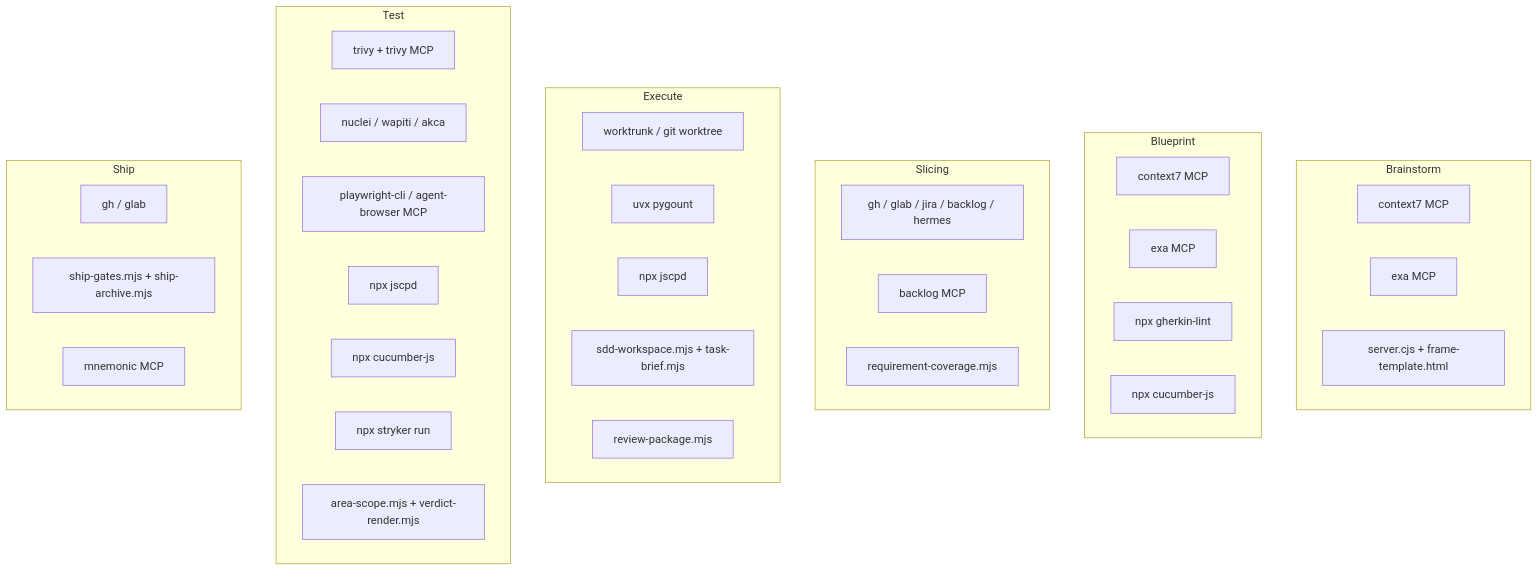
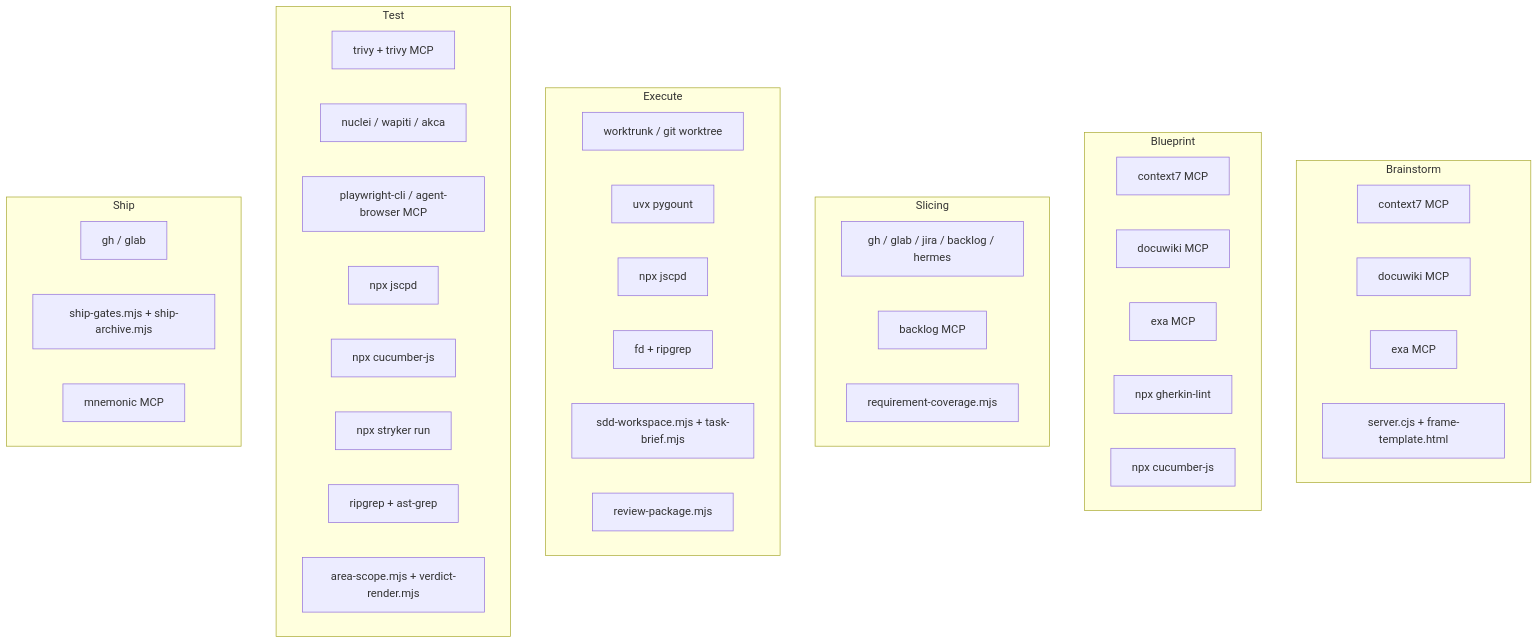
The diagram in docs/03-tools.md (devopstales/skillgrid), drawn with Mermaid before and after one commit. The commit also changed other lines of this file and 1 other file, not shown here.

Commit message:
docs(tools): document ast-grep, fd, ripgrep, and docuwiki in tool matrices
Adds the three search binaries (ast-grep, fd, ripgrep) and the docuwiki MCP
server to the README install list, the 03-tools per-phase tables, and the
phase tool-dependency diagram. These were already referenced by the debug,
test, refactor, and execute skills but absent from the tool documentation.

[skillgrid-context]
Skill: skill-improvements
Spec: .skillgrid/work/2026-11-21-skill-improvements/progress.md
Why: skills referenced tools the docs did not list; a reader installing the
     stack from docs would miss the search layer

````diff
--- a/docs/03-tools.md
+++ b/docs/03-tools.md
@@ -117,40 +121,44 @@
 ```mermaid
 flowchart TD
   subgraph Brainstorm
     B1[context7 MCP]
-    B2[exa MCP]
-    B3[server.cjs + frame-template.html]
+    B2[docuwiki MCP]
+    B3[exa MCP]
+    B4[server.cjs + frame-template.html]
   end
   subgraph Blueprint
     BP1[context7 MCP]
-    BP2[exa MCP]
-    BP3[npx gherkin-lint]
-    BP4[npx cucumber-js]
+    BP2[docuwiki MCP]
+    BP3[exa MCP]
+    BP4[npx gherkin-lint]
+    BP5[npx cucumber-js]
   end
   subgraph Slicing
     S1[gh / glab / jira / backlog / hermes]
     S2[backlog MCP]
     S3[requirement-coverage.mjs]
   end
   subgraph Execute
     E1[worktrunk / git worktree]
     E2[uvx pygount]
     E3[npx jscpd]
-    E4[sdd-workspace.mjs + task-brief.mjs]
-    E5[review-package.mjs]
+    E4[fd + ripgrep]
+    E5[sdd-workspace.mjs + task-brief.mjs]
+    E6[review-package.mjs]
   end
   subgraph Test
     T1[trivy + trivy MCP]
     T2[nuclei / wapiti / akca]
     T3[playwright-cli / agent-browser MCP]
     T4[npx jscpd]
     T5[npx cucumber-js]
     T6[npx stryker run]
-    T7[area-scope.mjs + verdict-render.mjs]
+    T7[ripgrep + ast-grep]
+    T8[area-scope.mjs + verdict-render.mjs]
   end
   subgraph Ship
     SH1[gh / glab]
     SH2[ship-gates.mjs + ship-archive.mjs]
     SH3[mnemonic MCP]
   end
 ```
````
